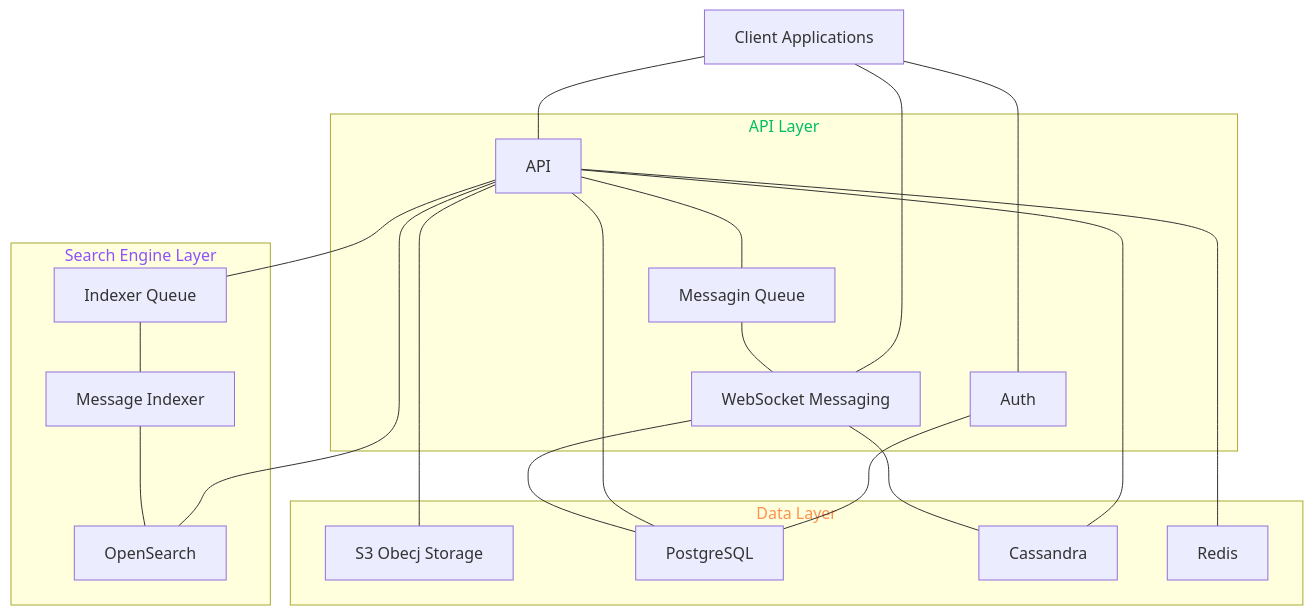
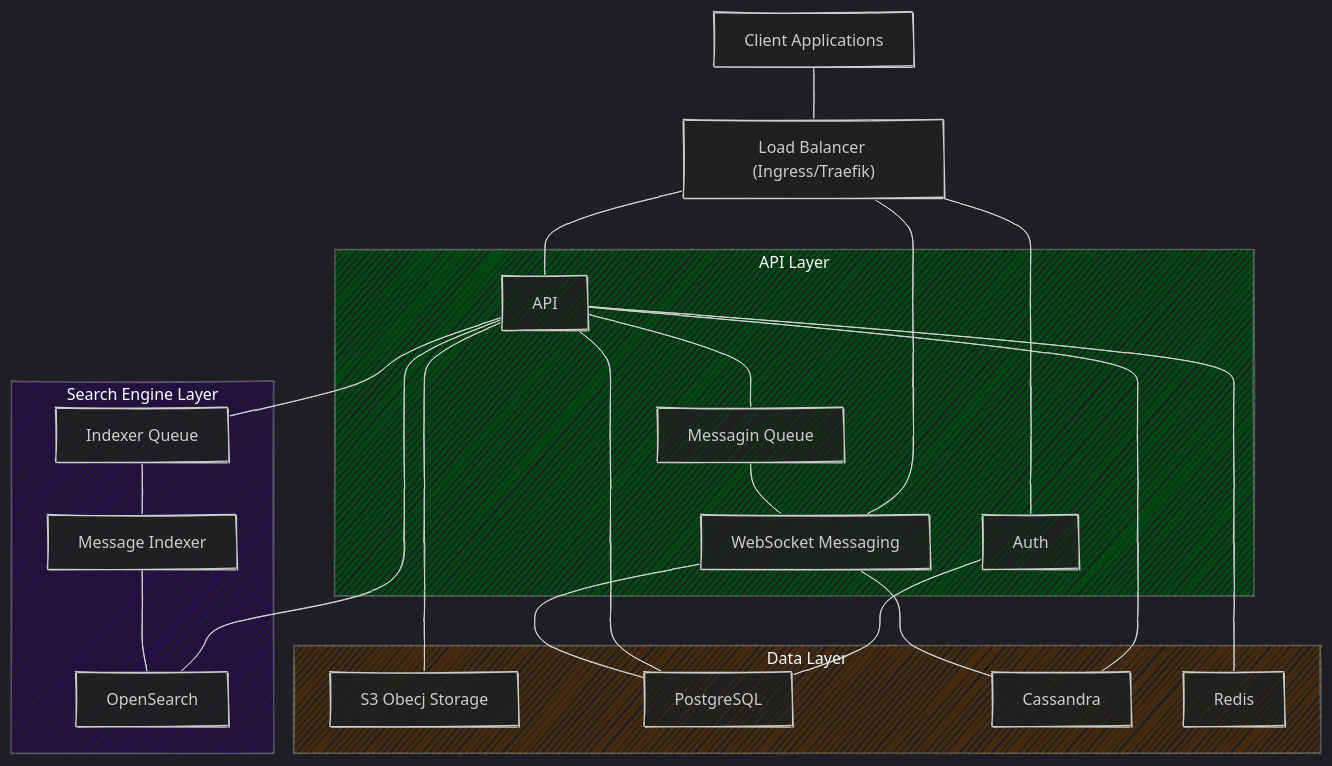
The diagram in docs/project/README.md (FlameInTheDark/gochat), drawn with Mermaid before and after one commit.

Commit message:
docs: improved architecture diagram

````diff
--- a/docs/project/README.md
+++ b/docs/project/README.md
@@ -13,44 +13,59 @@
 ```mermaid
+---
+config:
+    look: handDrawn
+    theme: dark
+---
 flowchart
 	subgraph s1["API Layer"]
 		n7["Messagin Queue"]
 		n3["WebSocket Messaging"]
 		n2["Auth"]
 		n1["API"]
 	end
-	style s1 color:#00BF63
+	style s1 fill:#004a11
 	n4["Client"]
 	subgraph s2["Data Layer"]
 		n9["S3"]
 		n8["PostgreSQL"]
 		n6["Cassandra"]
 		n5["Redis"]
 	end
 	n1
 	n3
 	n1 --- n7
 	n7 --- n3
-	style s2 color:#FF914D
+	
 	n4
 	s1
-	n4 --- n1
-	n4 --- n2
-	n4["Client Applications"] --- n3
+	n4
+	n1
+	n4
+	n2
+	n4["Client Applications"]
+	n3
 	n3 --- n8
 	n3 --- n6
 	n1 --- n9["S3 Obecj Storage"]
 	n1 --- n8
 	n1 --- n6
 	n1 --- n5
 	subgraph s3["Search Engine Layer"]
 		n12["OpenSearch"]
 		n11["Message Indexer"]
 		n10["Indexer Queue"]
 	end
-	style s3 color:#8C52FF
+	
 	n1 --- n10
 	n10 --- n11
 	n11 --- n12
 	n1 --- n12
 	n2 --- n8
+	n13["Load Balancer"]
+	n4 --- n13
+	n13 --- n1
+	n13 --- n2
+	n13["Load Balancer (Ingress/Traefik)"] --- n3
+	style s2 fill:#472b0e
+	style s3 fill:#250e47
 ```
````
